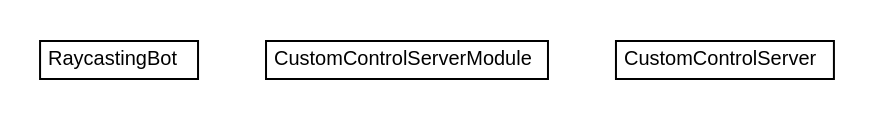
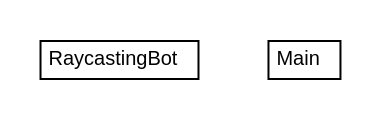
Before and after one commit to 1Fender1/BotContest2017: the diagram in target/apidocs/com/mycompany/utbotcontest/com.mycompany.utbotcontest.dot, drawn with Graphviz. The commit also changed 35 other files, not shown here.

```diff
--- a/target/apidocs/com/mycompany/utbotcontest/com.mycompany.utbotcontest.dot
+++ b/target/apidocs/com/mycompany/utbotcontest/com.mycompany.utbotcontest.dot
@@ -1,30 +1,24 @@
 #!/usr/local/bin/dot
 #
 # Class diagram 
 # Generated by UMLGraph version 5.1 (http://www.umlgraph.org/)
 #
 
 digraph G {
 	edge [fontname="arial",fontsize=10,labelfontname="arial",labelfontsize=10];
 	node [fontname="arial",fontsize=10,shape=plaintext];
 	nodesep=0.25;
 	ranksep=0.5;
 	// com.mycompany.utbotcontest.RaycastingBot
 	c0 [label=<<table title="com.mycompany.utbotcontest.RaycastingBot" border="0" cellborder="1" cellspacing="0" cellpadding="2" port="p" href="./RaycastingBot.html">
 		<tr><td><table border="0" cellspacing="0" cellpadding="1">
 <tr><td align="center" balign="center"> RaycastingBot </td></tr>
 		</table></td></tr>
 		</table>>, fontname="arial", fontcolor="black", fontsize=10.0];
-	// com.mycompany.utbotcontest.CustomControlServerModule
-	c1 [label=<<table title="com.mycompany.utbotcontest.CustomControlServerModule" border="0" cellborder="1" cellspacing="0" cellpadding="2" port="p" href="./CustomControlServerModule.html">
+	// com.mycompany.utbotcontest.Main
+	c1 [label=<<table title="com.mycompany.utbotcontest.Main" border="0" cellborder="1" cellspacing="0" cellpadding="2" port="p" href="./Main.html">
 		<tr><td><table border="0" cellspacing="0" cellpadding="1">
-<tr><td align="center" balign="center"> CustomControlServerModule </td></tr>
-		</table></td></tr>
-		</table>>, fontname="arial", fontcolor="black", fontsize=10.0];
-	// com.mycompany.utbotcontest.CustomControlServer
-	c2 [label=<<table title="com.mycompany.utbotcontest.CustomControlServer" border="0" cellborder="1" cellspacing="0" cellpadding="2" port="p" href="./CustomControlServer.html">
-		<tr><td><table border="0" cellspacing="0" cellpadding="1">
-<tr><td align="center" balign="center"> CustomControlServer </td></tr>
+<tr><td align="center" balign="center"> Main </td></tr>
 		</table></td></tr>
 		</table>>, fontname="arial", fontcolor="black", fontsize=10.0];
 }
```
